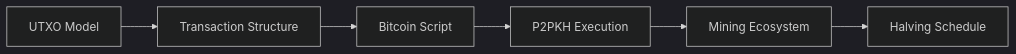
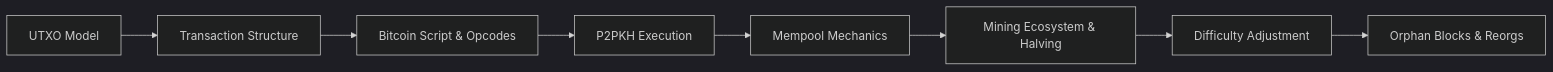
One commit to Raushan666java/ai-engineering-journey changed the first of 8 diagrams in docs/courses/blockchain/04-bitcoin.md. Above: the diagram before and after it, drawn with Mermaid (dark theme). The commit also changed other lines of this file and 62 other files, not shown here.

````diff
--- a/docs/courses/blockchain/04-bitcoin.md
+++ b/docs/courses/blockchain/04-bitcoin.md
@@ -27,8 +32,10 @@
 ```mermaid
 flowchart LR
     A[UTXO Model] --> B[Transaction Structure]
-    B --> C[Bitcoin Script]
+    B --> C[Bitcoin Script & Opcodes]
     C --> D[P2PKH Execution]
-    D --> E[Mining Ecosystem]
-    E --> F[Halving Schedule]
+    D --> E[Mempool Mechanics]
+    E --> F[Mining Ecosystem & Halving]
+    F --> G[Difficulty Adjustment]
+    G --> H[Orphan Blocks & Reorgs]
 ```
````
